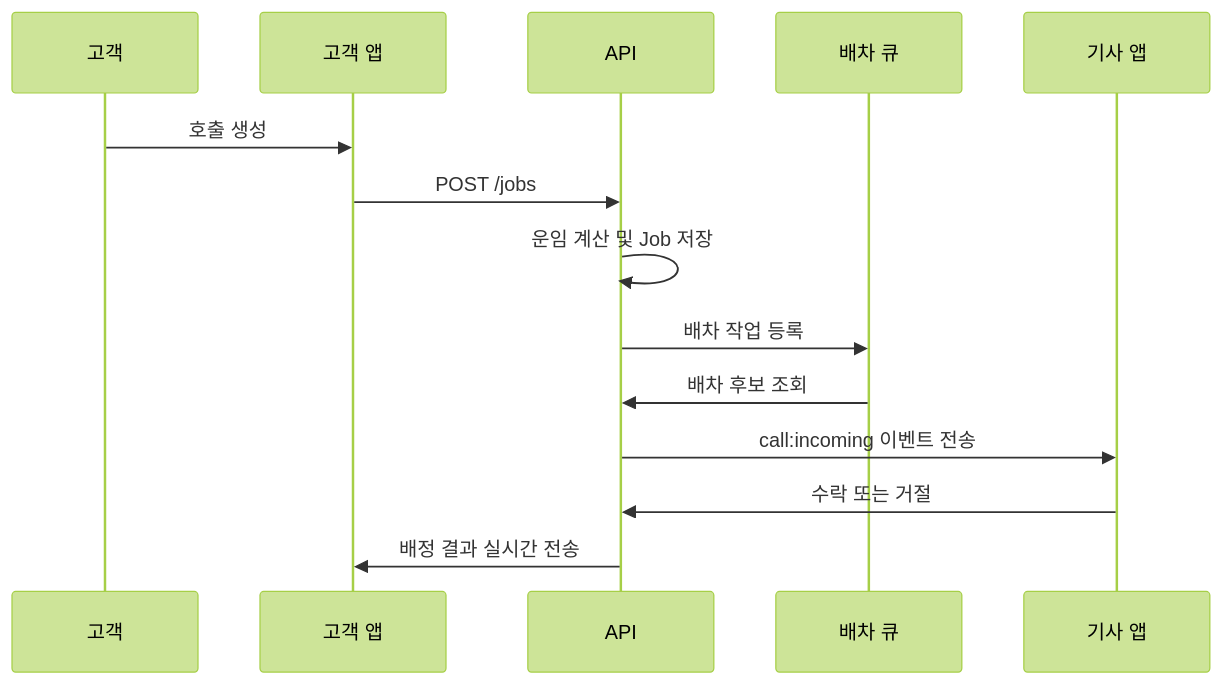
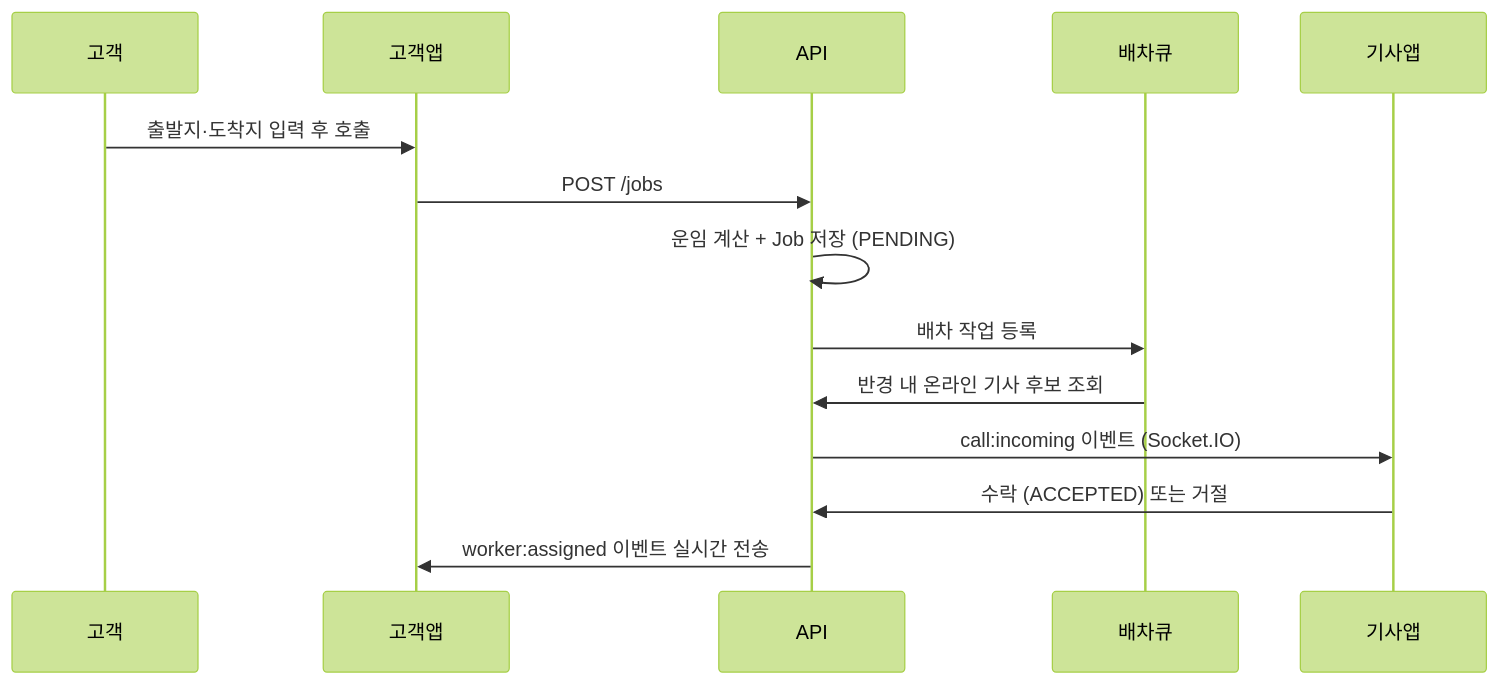
The second of 2 diagrams in docs/guides/SERVICE_OVERVIEW_KO.md (sinmb79/Free-call), drawn with Mermaid (forest theme) before and after one commit. The commit also changed other lines of this file and 4 other files, not shown here.

````diff
--- a/docs/guides/SERVICE_OVERVIEW_KO.md
+++ b/docs/guides/SERVICE_OVERVIEW_KO.md
@@ -102,17 +125,17 @@
 ```mermaid
 sequenceDiagram
-    participant Customer as 고객
-    participant CustomerApp as 고객 앱
-    participant API as API
-    participant Queue as 배차 큐
-    participant WorkerApp as 기사 앱
+    participant 고객
+    participant 고객앱
+    participant API
+    participant 배차큐
+    participant 기사앱
 
-    Customer->>CustomerApp: 호출 생성
-    CustomerApp->>API: POST /jobs
-    API->>API: 운임 계산 및 Job 저장
-    API->>Queue: 배차 작업 등록
-    Queue->>API: 배차 후보 조회
-    API->>WorkerApp: call:incoming 이벤트 전송
-    WorkerApp->>API: 수락 또는 거절
-    API->>CustomerApp: 배정 결과 실시간 전송
+    고객->>고객앱: 출발지·도착지 입력 후 호출
+    고객앱->>API: POST /jobs
+    API->>API: 운임 계산 + Job 저장 (PENDING)
+    API->>배차큐: 배차 작업 등록
+    배차큐->>API: 반경 내 온라인 기사 후보 조회
+    API->>기사앱: call:incoming 이벤트 (Socket.IO)
+    기사앱->>API: 수락 (ACCEPTED) 또는 거절
+    API->>고객앱: worker:assigned 이벤트 실시간 전송
 ```
````
